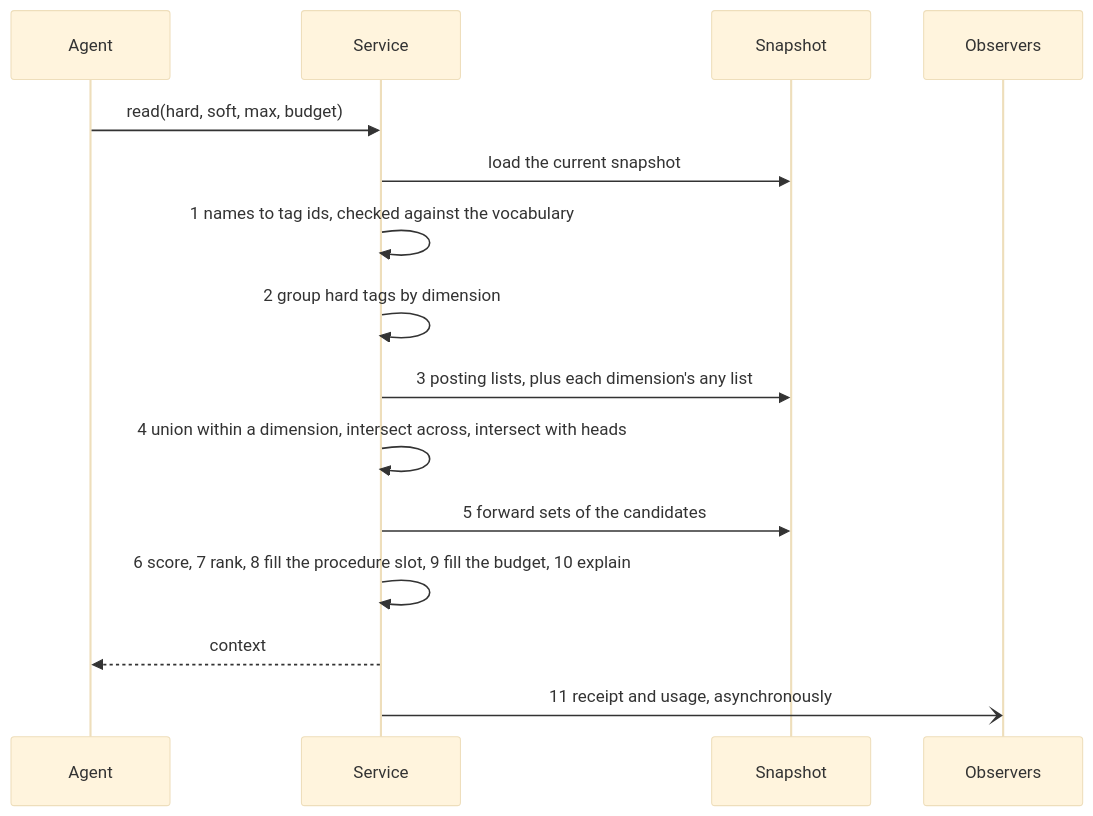
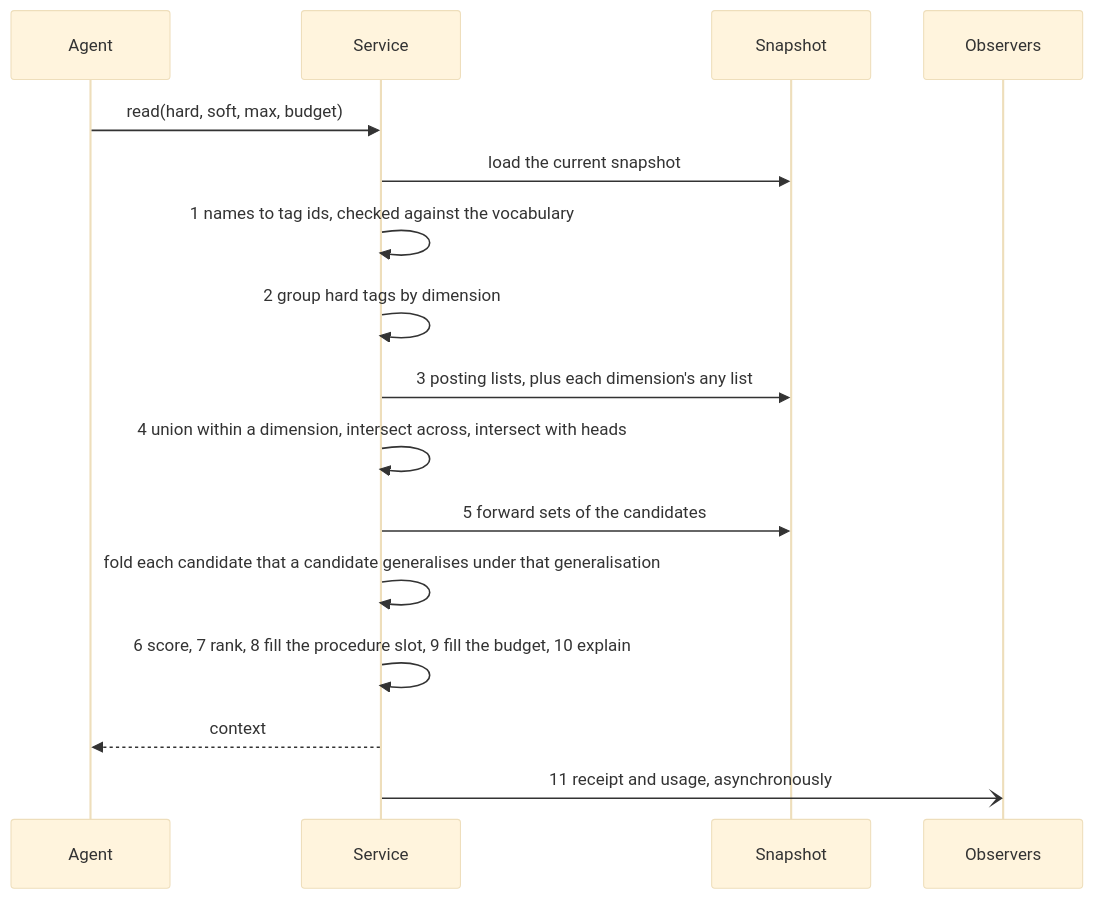
The third of 4 diagrams in docs/design/memory/04_index_and_retrieval.md (Debith/pygim), drawn with Mermaid (base theme) before and after one commit. The commit also changed other lines of this file and 7 other files, not shown here.

First line of the commit message:
memory: a read folds a generalisation's instances under it

````diff
--- a/docs/design/memory/04_index_and_retrieval.md
+++ b/docs/design/memory/04_index_and_retrieval.md
@@ -136,17 +136,18 @@
 ```mermaid
 sequenceDiagram
     participant A as Agent
     participant S as Service
     participant X as Snapshot
     participant O as Observers
     A->>S: read(hard, soft, max, budget)
     S->>X: load the current snapshot
     S->>S: 1 names to tag ids, checked against the vocabulary
     S->>S: 2 group hard tags by dimension
     S->>X: 3 posting lists, plus each dimension's any list
     S->>S: 4 union within a dimension, intersect across, intersect with heads
     S->>X: 5 forward sets of the candidates
+    S->>S: fold each candidate that a candidate generalises under that generalisation
     S->>S: 6 score, 7 rank, 8 fill the procedure slot, 9 fill the budget, 10 explain
     S-->>A: context
     S-)O: 11 receipt and usage, asynchronously
 ```
````
